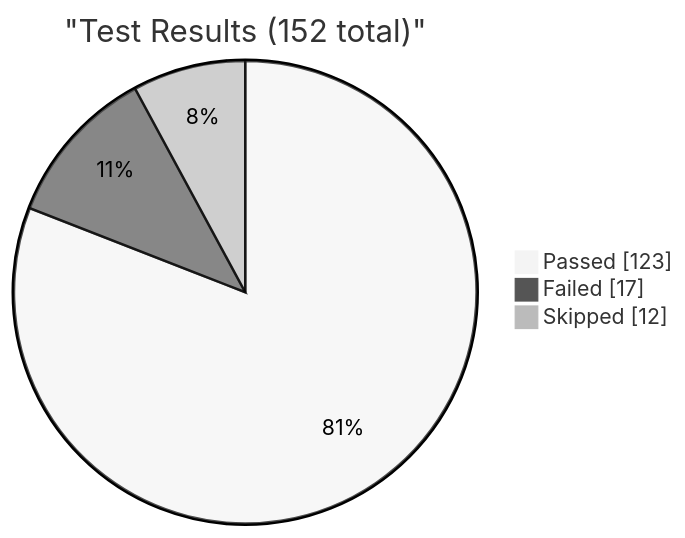
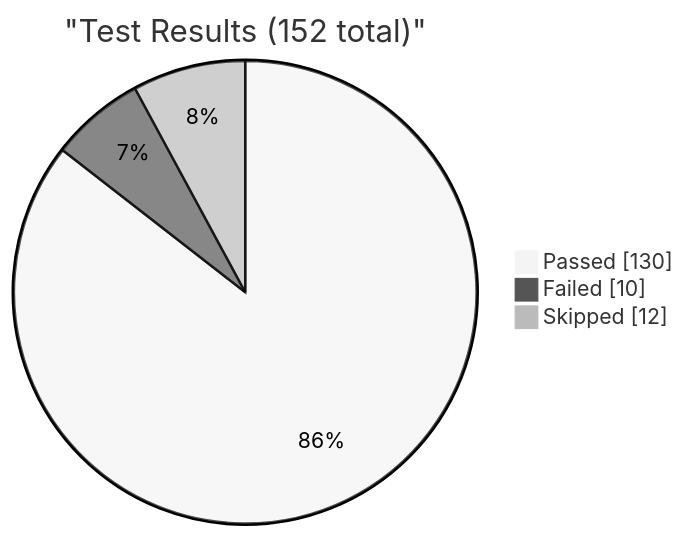
Before and after one commit to EliteaAI/onetest-ai-tm-Elitea: the first of 4 diagrams in reports/dashboard.md, drawn with Mermaid (neutral theme). The commit also changed other lines of this file and 1 other file, not shown here.

Commit message:
dashboard: update test metrics for RUN-ELITEA-2026-08-24-47-DEV-STABLE-ALL-SCHEDULED-FAILED

````diff
--- a/reports/dashboard.md
+++ b/reports/dashboard.md
@@ -9,7 +9,7 @@
 ```mermaid
 pie showData
     title "Test Results (152 total)"
-    "Passed" : 123
-    "Failed" : 17
+    "Passed" : 130
+    "Failed" : 10
     "Skipped" : 12
 ```
````
